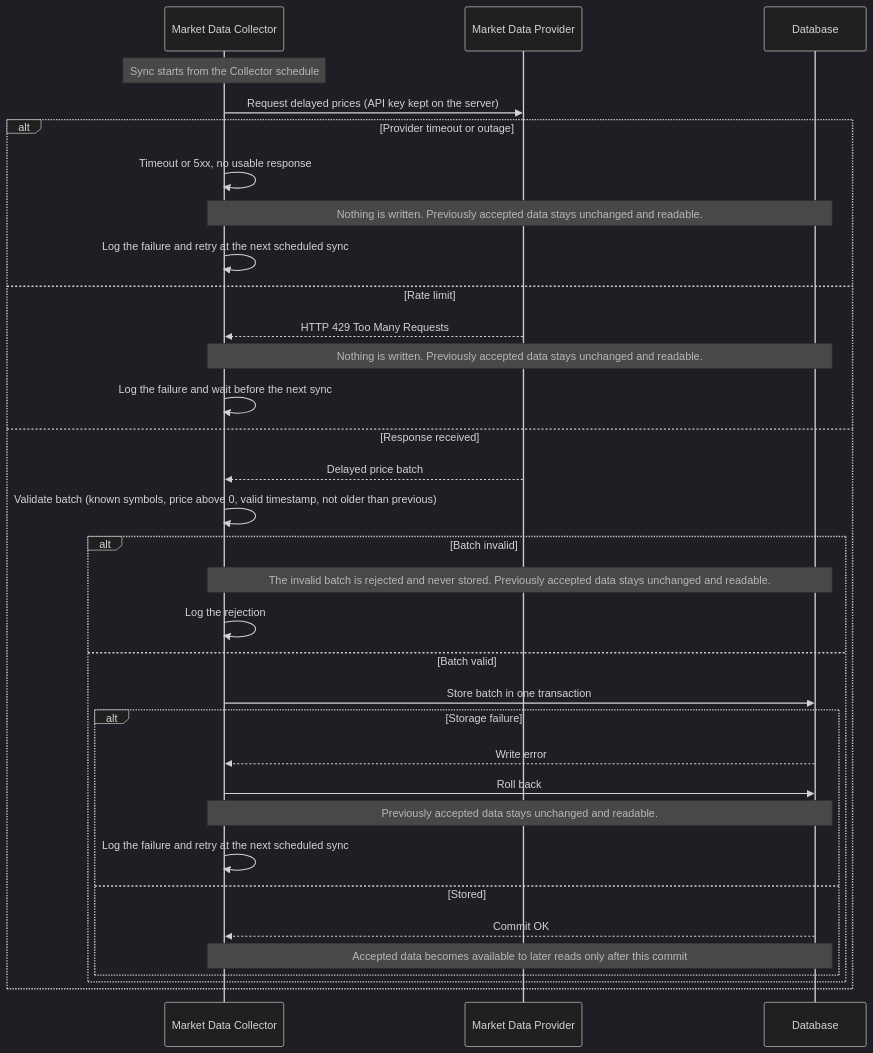
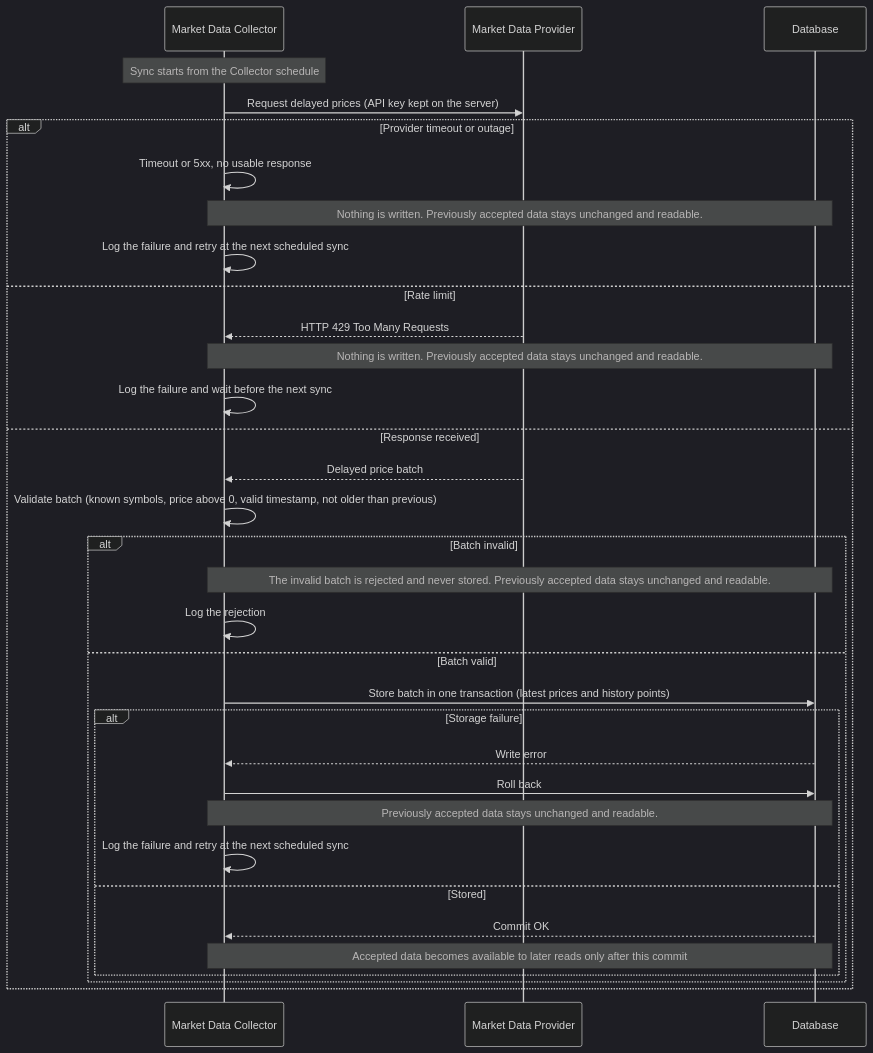
The fourth of 6 diagrams in lab3.md (sainciucbeatricie/psi-labs), drawn with Mermaid (dark theme) before and after one commit. The commit also changed other lines of this file, not shown here.

````diff
--- a/lab3.md
+++ b/lab3.md
@@ -111,36 +122,36 @@
 ```mermaid
 sequenceDiagram
     participant C as Market Data Collector
     participant P as Market Data Provider
     participant D as Database
 
     Note over C: Sync starts from the Collector schedule
     C->>P: Request delayed prices (API key kept on the server)
     alt Provider timeout or outage
         C->>C: Timeout or 5xx, no usable response
         Note over C,D: Nothing is written. Previously accepted data stays unchanged and readable.
         C->>C: Log the failure and retry at the next scheduled sync
     else Rate limit
         P-->>C: HTTP 429 Too Many Requests
         Note over C,D: Nothing is written. Previously accepted data stays unchanged and readable.
         C->>C: Log the failure and wait before the next sync
     else Response received
         P-->>C: Delayed price batch
         C->>C: Validate batch (known symbols, price above 0, valid timestamp, not older than previous)
         alt Batch invalid
             Note over C,D: The invalid batch is rejected and never stored. Previously accepted data stays unchanged and readable.
             C->>C: Log the rejection
         else Batch valid
-            C->>D: Store batch in one transaction
+            C->>D: Store batch in one transaction (latest prices and history points)
             alt Storage failure
                 D-->>C: Write error
                 C->>D: Roll back
                 Note over C,D: Previously accepted data stays unchanged and readable.
                 C->>C: Log the failure and retry at the next scheduled sync
             else Stored
                 D-->>C: Commit OK
                 Note over C,D: Accepted data becomes available to later reads only after this commit
             end
         end
     end
 ```
````
